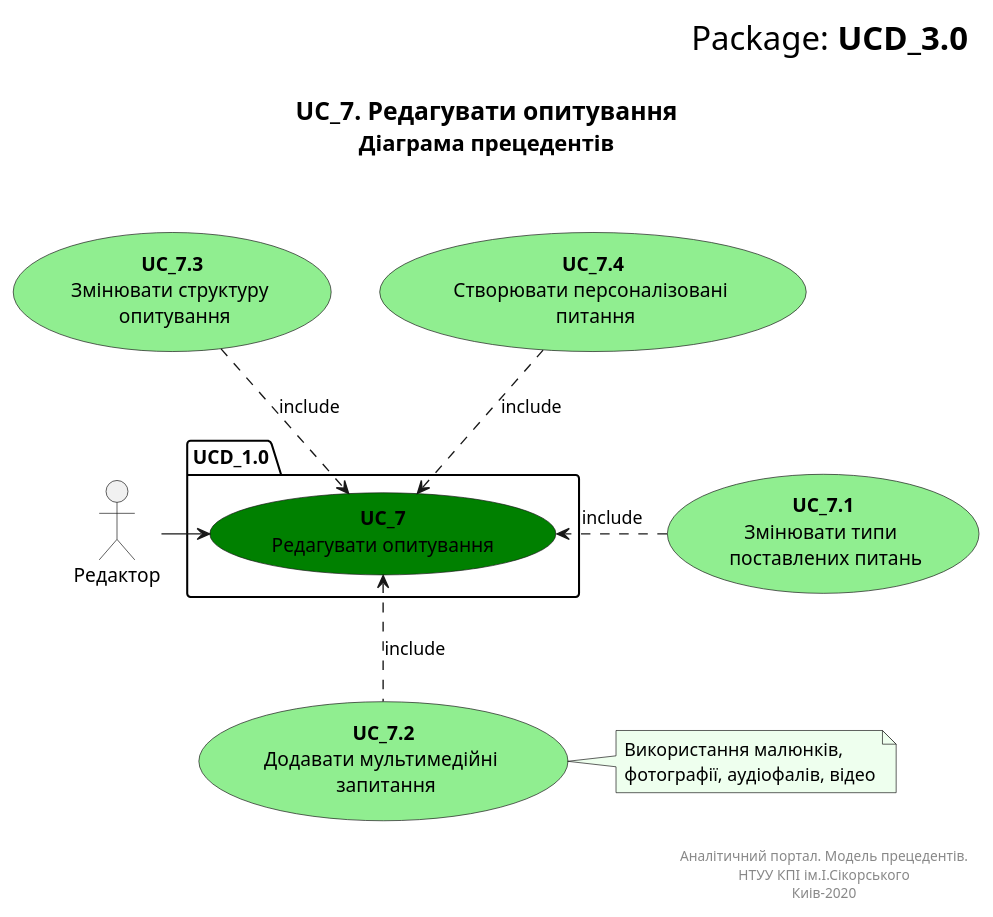
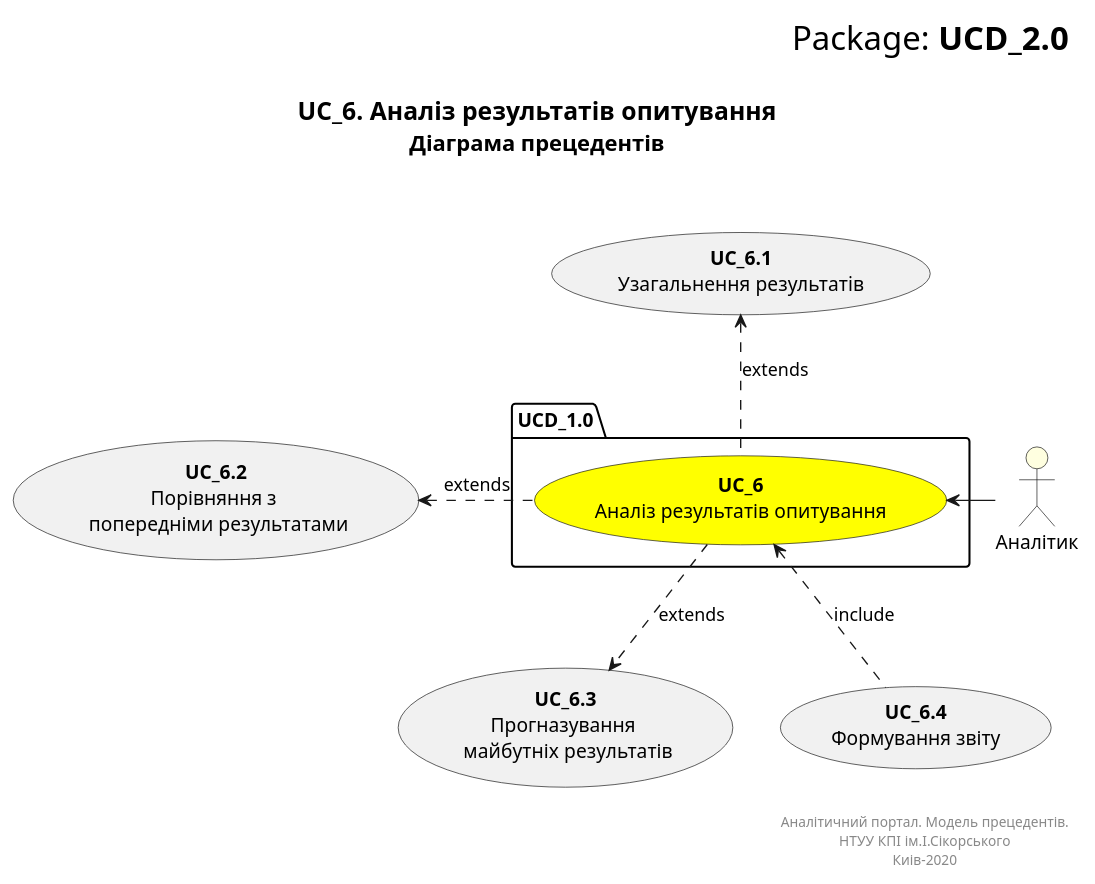
The diagram in UCD_2.puml (vano7577/UML), drawn with PlantUML before and after one commit.

```diff
--- a/UCD_2.puml
+++ b/UCD_2.puml
@@ -1,44 +1,41 @@
-@startuml UCD_3.0
+@startuml UCD_2.0
 
 right header
-<font size=24 color=black>Package:<b> UCD_3.0
+<font size=24 color=black>Package:<b> UCD_2.0
 
 end header
 
 title
-<font size=18 color=black>UC_7. Редагувати опитування
+<font size=18 color=black>UC_6. Аналіз результатів опитування
 <font size=16 color=black>Діаграма прецедентів
 
 
 end title
 
 package UCD_1.0 {
-usecase "<b>UC_7</b>\nРедагувати опитування" as UC_7 #Green
+usecase "<b>UC_6</b>\nАналіз результатів опитування" as UC_6 #Yellow
 }
 
-actor "Редактор" as Collaborator
-usecase "<b>UC_7.1</b>\nЗмінювати типи \n поставлених питань" as UC_7.1  #LightGreen
-usecase "<b>UC_7.2</b>\nДодавати мультимедійні \n запитання"  as UC_7.2 #LightGreen
-usecase "<b>UC_7.3</b>\nЗмінювати структуру \n опитування" as UC_7.3  #LightGreen
-usecase "<b>UC_7.4</b>\nСтворювати персоналізовані \n питання" as UC_7.4  #LightGreen
+actor "Аналітик" as Analyst #LightYellow
 
-Collaborator -> UC_7
+usecase "<b>UC_6.1</b>\nУзагальнення результатiв" as UC_6.1
+usecase "<b>UC_6.2</b>\nПорівняння з \n попередніми результатами" as UC_6.2
+usecase "<b>UC_6.3</b>\nПрогназування \n майбутніх результатів" as UC_6.3
+usecase "<b>UC_6.4</b>\nФормування звіту" as UC_6.4
 
-UC_7.2 .u.> UC_7 : include
-UC_7.3 ..> UC_7 : include
-UC_7.4 ..> UC_7: include
-UC_7.1 .> UC_7: include
+UC_6.1 <.. UC_6: extends
+UC_6.2 <.r. UC_6: extends
+UC_6.3 <.u. UC_6: extends
+UC_6.4 .u.> UC_6: include
 
-note right of UC_7.2 #eeffee
-Використання малюнків,
-фотографії, аудіофалів, відео
-end note
+Analyst -> UC_6
+
 
 right footer
 
 Аналітичний портал. Модель прецедентів.
 НТУУ КПІ ім.І.Сікорського
 Киів-2020
 end footer
  
 @enduml
```
